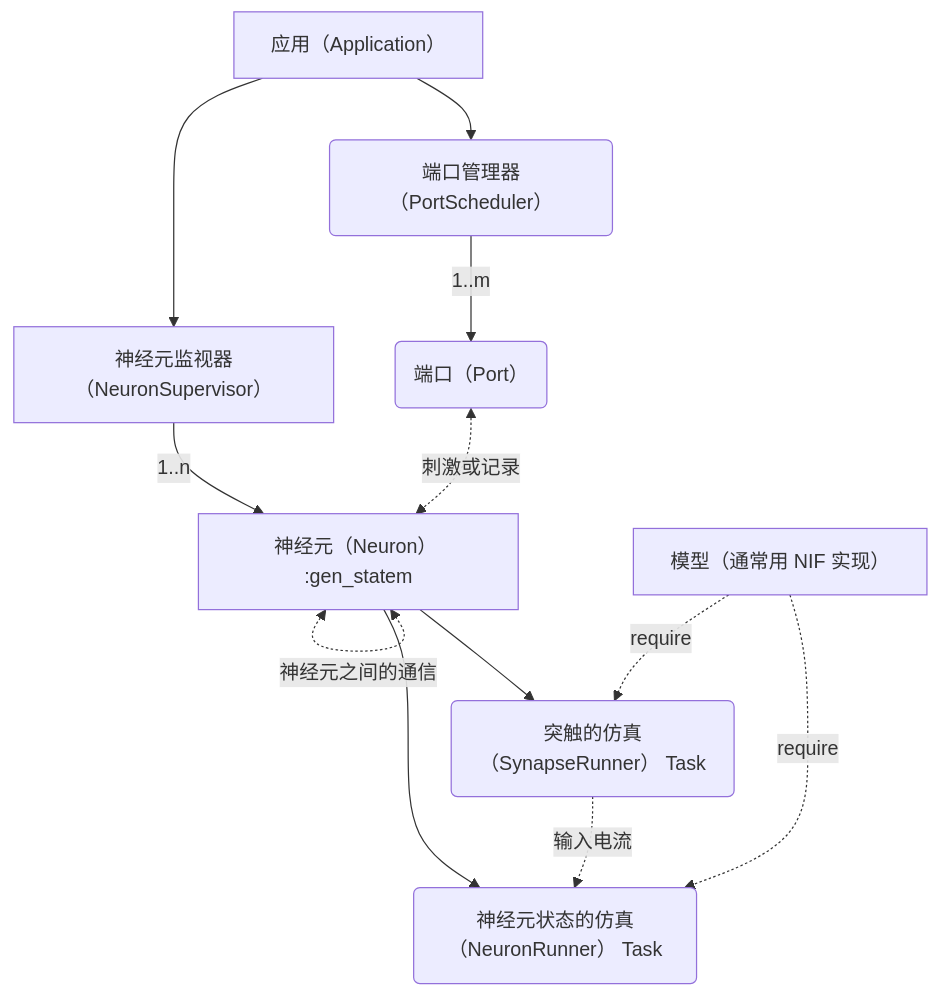
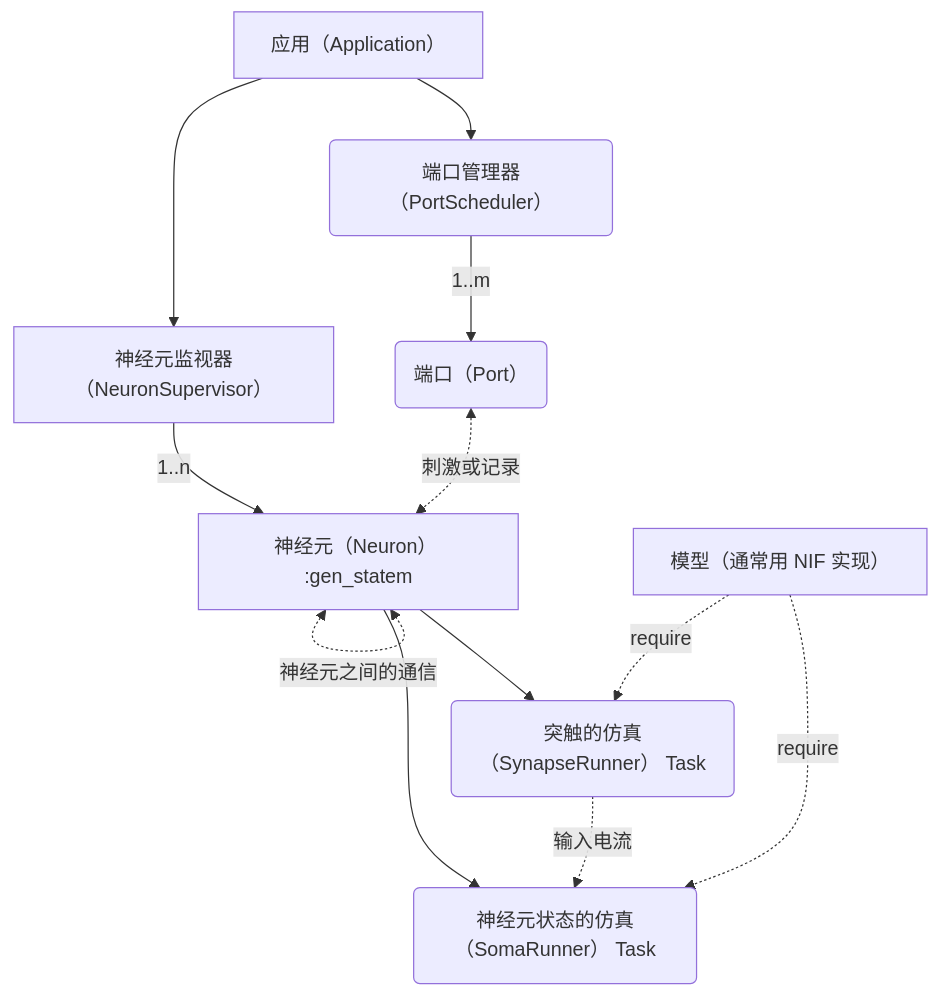
One commit to GES233/Glowworm changed the diagram in README.zh-Hans.md. Above: the diagram before and after it, drawn with Mermaid. The commit also changed 12 other files, not shown here.

Commit message:
🎨 refactor: 从 `NeuronRunner` 改成 `SomaRunner`

````diff
--- a/README.zh-Hans.md
+++ b/README.zh-Hans.md
@@ -22,14 +22,14 @@
 ```mermaid
 graph TD
   Application["应用（Application）"] --> NeuronSupervisor["神经元监视器（NeuronSupervisor）"]
   NeuronSupervisor --1..n--> Neuron["神经元（Neuron） :gen_statem"]
   Application --> PortScheduler("端口管理器（PortScheduler）")
   PortScheduler --1..m--> Port("端口（Port）")
   Port <-.刺激或记录.-> Neuron
   Neuron <-.神经元之间的通信.-> Neuron
-  Neuron --> NeuronRunner("神经元状态的仿真（NeuronRunner） Task")
+  Neuron --> SomaRunner("神经元状态的仿真（SomaRunner） Task")
   Neuron --> SynapseRunner("突触的仿真（SynapseRunner） Task")
-  SynapseRunner -.输入电流.-> NeuronRunner
-  Models["模型（通常用 NIF 实现）"] -.require.-> NeuronRunner
+  SynapseRunner -.输入电流.-> SomaRunner
+  Models["模型（通常用 NIF 实现）"] -.require.-> SomaRunner
   Models["模型（通常用 NIF 实现）"] -.require.-> SynapseRunner
 ```
````
